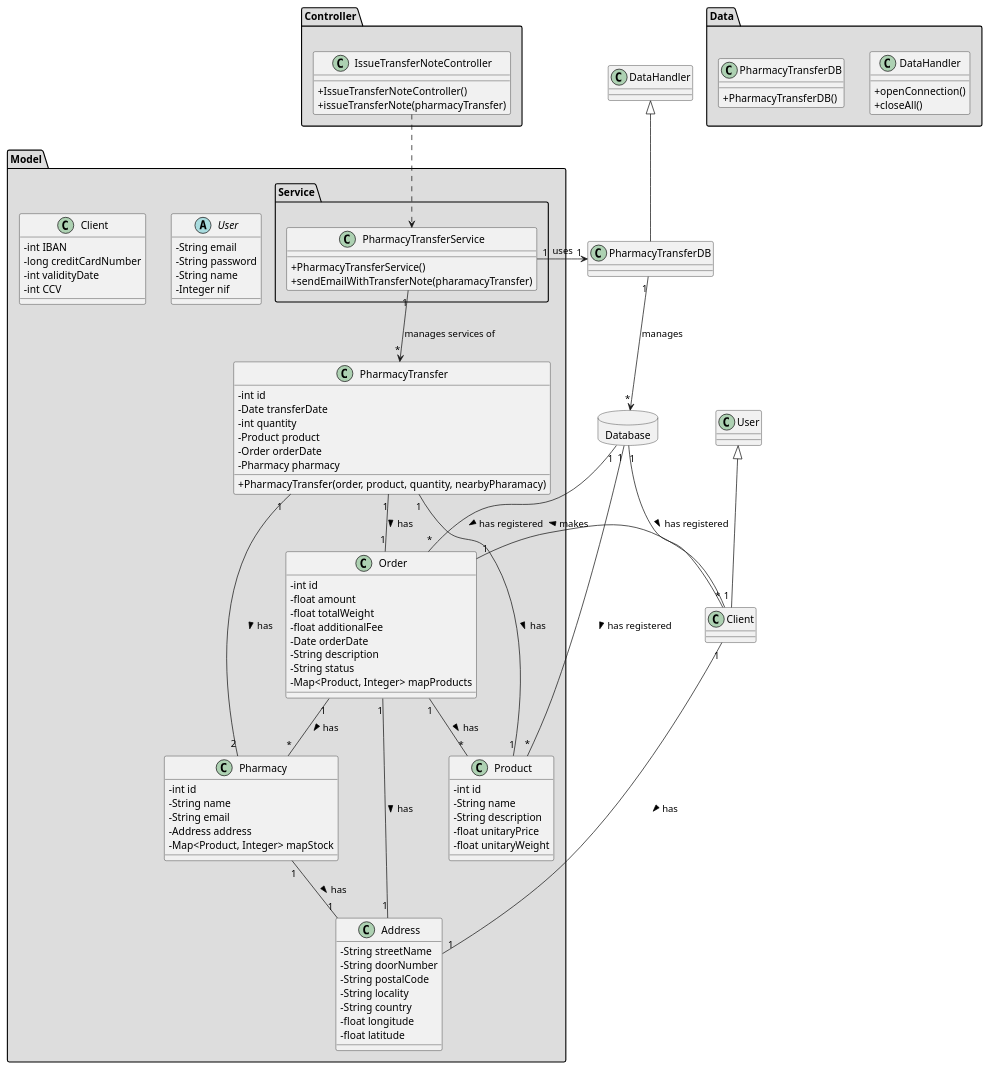
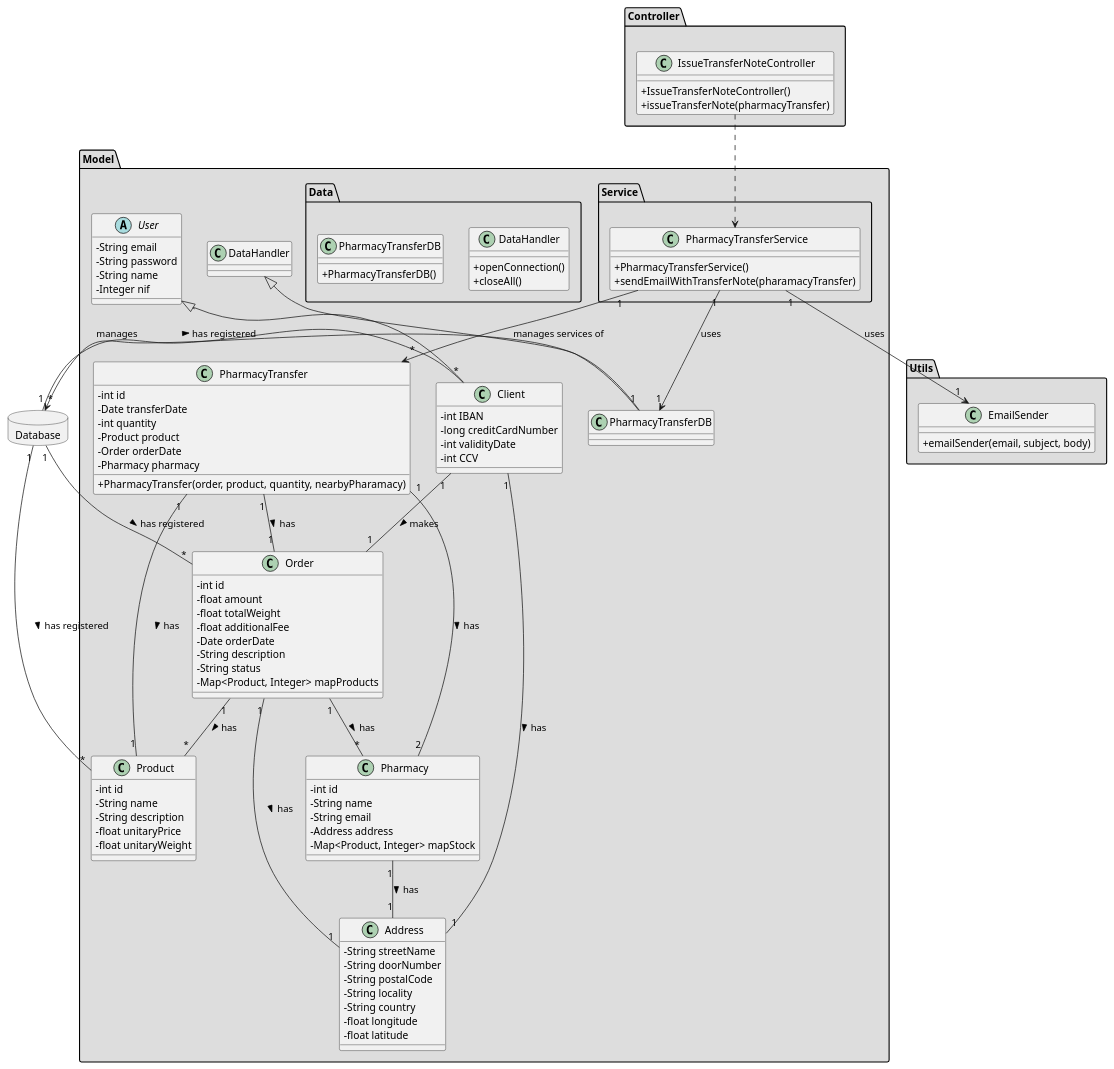
The diagram in docs/Iteration 2/Pharmacy Management/US202_IssueTransferNote/US202_CD.puml (tiagoavcosta25/LAPR3), drawn with PlantUML before and after one commit. The commit also changed 9 other files, not shown here.

Commit message:
LAPR2AP2-234 #close Make A Pharmacy Transfer [Review]

```diff
--- a/docs/Iteration 2/Pharmacy Management/US202_IssueTransferNote/US202_CD.puml
+++ b/docs/Iteration 2/Pharmacy Management/US202_IssueTransferNote/US202_CD.puml
@@ -1,118 +1,123 @@
 @startuml
 skinparam classAttributeIconSize 0
 
 package "Controller" #DDDDDD {
 class IssueTransferNoteController{
 +IssueTransferNoteController()
 +issueTransferNote(pharmacyTransfer)
 }
+}
+
+package "Utils" #DDDDDD {
+class EmailSender{
++emailSender(email, subject, body)
+}
+}
+
+database Database {
 }
 
 package "Model" #DDDDDD {
 
 package "Service" #DDDDDD {
       class PharmacyTransferService{
                 +PharmacyTransferService()
                 +sendEmailWithTransferNote(pharamacyTransfer)
             }
  }
 
 abstract class User{
 -String email
 -String password
 -String name
 -Integer nif
 }
 
 class Client{
 -   int IBAN
 -   long creditCardNumber
 -   int validityDate
 -   int CCV
 }
 
 class Address{
 -   String streetName
 -   String doorNumber
 -   String postalCode
 -   String locality
 -   String country
 -   float longitude
 -   float latitude
 }
 
 class Pharmacy{
 -   int id
 -   String name
 -   String email
 -   Address address
 -   Map<Product, Integer> mapStock
 }
 
 class Order{
 -   int id
 -   float amount
 -   float totalWeight
 -   float additionalFee
 -   Date orderDate
 -   String description
 -   String status
 -   Map<Product, Integer> mapProducts
 }
 
 class Product{
 -   int id
 -   String name
 -   String description
 -   float unitaryPrice
 -   float unitaryWeight
 }
 
 class PharmacyTransfer{
 -   int id
 -   Date transferDate
 -   int quantity
 -   Product product
 -   Order orderDate
 -   Pharmacy pharmacy
 +PharmacyTransfer(order, product, quantity, nearbyPharamacy)
 }
 
-}
-
 
 package "Data" #DDDDDD {
 class DataHandler{
     +openConnection()
     +closeAll()
 }
 
 class PharmacyTransferDB{
    +PharmacyTransferDB()
 }
 }
 
-database Database {
-}
-
 class PharmacyTransferDB extends DataHandler
 class Client extends User
 
 IssueTransferNoteController ..> PharmacyTransferService
 Database "1" -- "*" Order : has registered >
 Database "1" -- "*" Product : has registered >
 Database "1" -- "*" Client : has registered >
 PharmacyTransferDB "1" --> "*" Database : manages
+PharmacyTransferService "1" --> "1" EmailSender : uses
 PharmacyTransferService "1" --> "*" PharmacyTransfer : manages services of
 PharmacyTransferService "1" --> "1" PharmacyTransferDB : uses
 Pharmacy "1" -- "1" Address : has >
 Order "1" -- "*" Product : has >
 Order "1" -- "*" Pharmacy : has >
 Client "1" -- "1" Order : makes >
 Client "1" -- "1" Address : has >
 Order "1" -- "1" Address : has >
 PharmacyTransfer "1" -- "2" Pharmacy : has >
 PharmacyTransfer "1" -- "1" Product : has >
 PharmacyTransfer "1" -- "1" Order : has >
 
 @enduml
```
